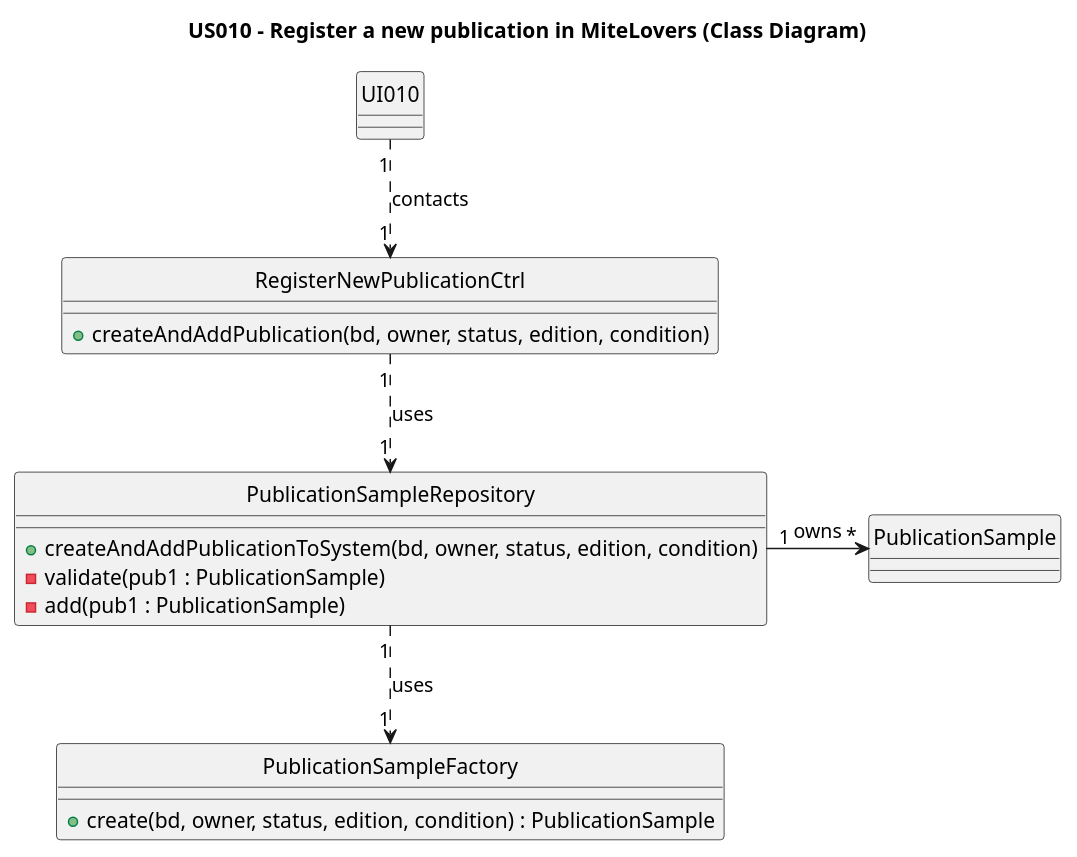
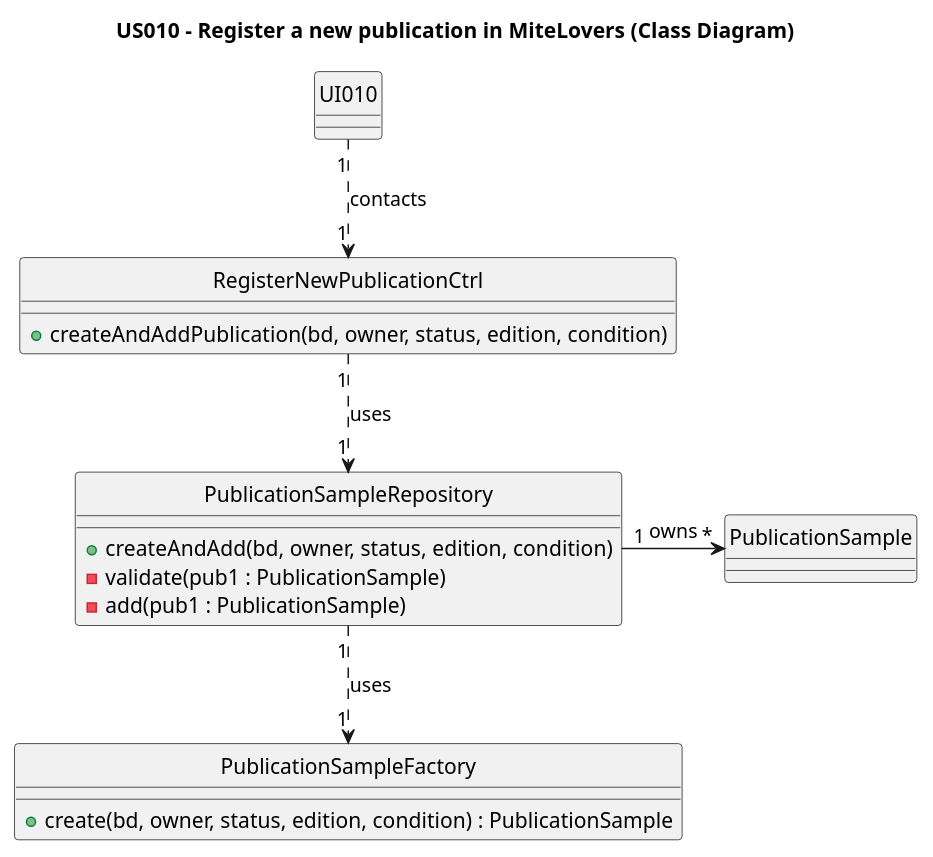
The diagram in Diagrams/ClassDiagrams/US010-to-register-a-publication-to-add-to-library.puml (AndrePereiraGitH/SWitCH-Project-Team_A), drawn with PlantUML before and after one commit. The commit also changed 1 other file, not shown here.

Commit message:
Working on #223, corrected small mistakes in SD and CD diagram

```diff
--- a/Diagrams/ClassDiagrams/US010-to-register-a-publication-to-add-to-library.puml
+++ b/Diagrams/ClassDiagrams/US010-to-register-a-publication-to-add-to-library.puml
@@ -1,31 +1,31 @@
 @startuml
 title US010 - Register a new publication in MiteLovers (Class Diagram)
 
 hide circle
 
 class UI010 {
 }
 
 class RegisterNewPublicationCtrl {
   +createAndAddPublication(bd, owner, status, edition, condition)
 }
 
 class PublicationSampleRepository {
-  +createAndAddPublicationToSystem(bd, owner, status, edition, condition)
+  +createAndAdd(bd, owner, status, edition, condition)
   -validate(pub1 : PublicationSample)
   -add(pub1 : PublicationSample)
 }
 
 class PublicationSampleFactory {
   +create(bd, owner, status, edition, condition) : PublicationSample
 }
 
 class PublicationSample {
 }
 
 UI010 "1" ..> "1" RegisterNewPublicationCtrl : contacts
 RegisterNewPublicationCtrl "1" ..> "1" PublicationSampleRepository : uses
 PublicationSampleRepository "1" ..> "1" PublicationSampleFactory : uses
 PublicationSampleRepository "1" -> "*" PublicationSample : owns
 
 @enduml
```
